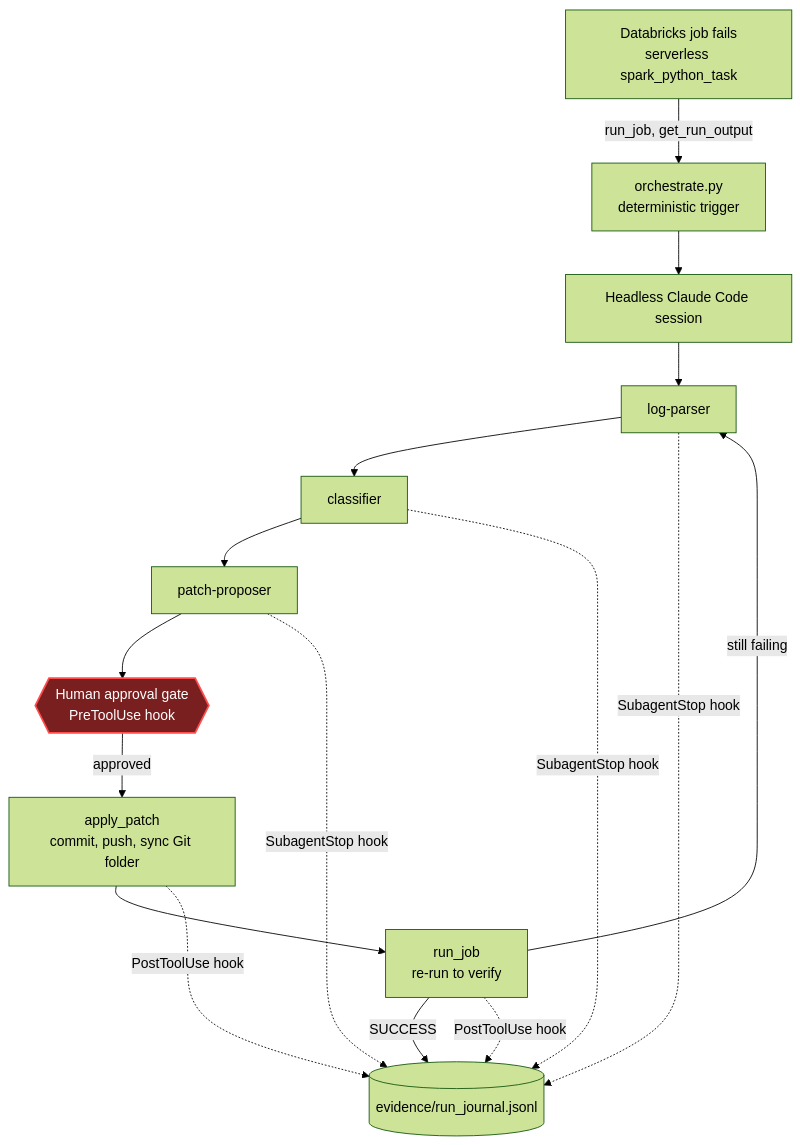
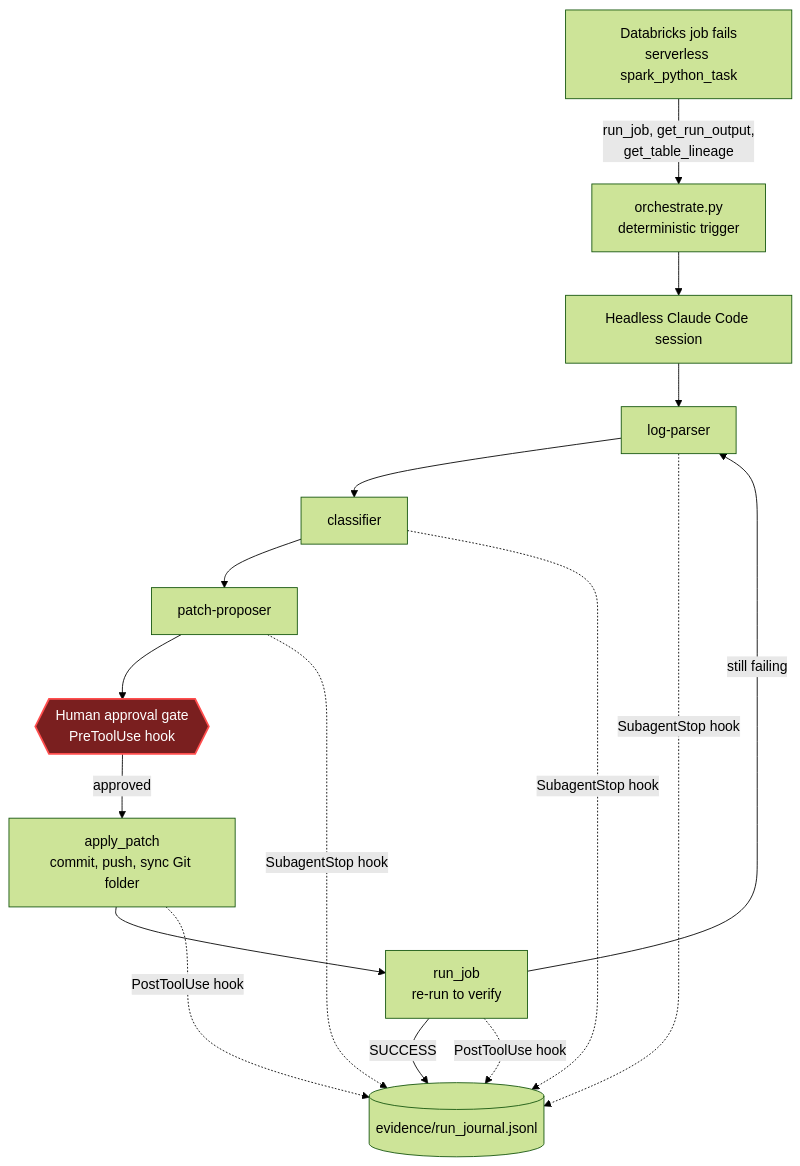
Before and after one commit to felipecastro-data/self-healing-databricks-pipeline-multi-agent: the first of 3 diagrams in README.md, drawn with Mermaid (forest theme). The commit also changed other lines of this file and 2 other files, not shown here.

Commit message:
docs: document lineage, the serving stage and the results dashboard

````diff
--- a/README.md
+++ b/README.md
@@ -54,21 +54,21 @@
 ```mermaid
 flowchart TD
-    A["Databricks job fails<br/>serverless spark_python_task"] -->|run_job, get_run_output| B["orchestrate.py<br/>deterministic trigger"]
+    A["Databricks job fails<br/>serverless spark_python_task"] -->|run_job, get_run_output,<br/>get_table_lineage| B["orchestrate.py<br/>deterministic trigger"]
     B --> D["Headless Claude Code session"]
     D --> E["log-parser"]
     E --> F["classifier"]
     F --> G["patch-proposer"]
     G --> H{{"Human approval gate<br/>PreToolUse hook"}}
     H -->|approved| I["apply_patch<br/>commit, push, sync Git folder"]
     I --> J["run_job<br/>re-run to verify"]
     J -->|still failing| E
     J -->|SUCCESS| K[("evidence/run_journal.jsonl")]
 
     E -.->|SubagentStop hook| K
     F -.->|SubagentStop hook| K
     G -.->|SubagentStop hook| K
     I -.->|PostToolUse hook| K
     J -.->|PostToolUse hook| K
 
     style H fill:#7a1f1f,stroke:#ff4d4d,stroke-width:2px,color:#fff
 ```
````
